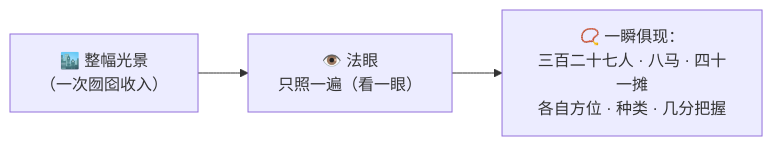
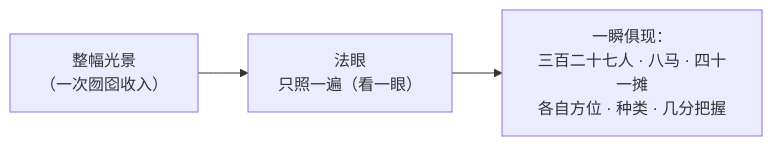
Before and after one commit to luckykhy/KhyAiHub: the second of 4 diagrams in docs/09_STORY_修仙学AI/STORY-番外/[STORY-番外-103] 番外04·法眼观物·一照真章.md, drawn with Mermaid. The commit also changed other lines of this file and 19 other files, not shown here.

````diff
--- a/docs/09_STORY_修仙学AI/STORY-番外/[STORY-番外-103] 番外04·法眼观物·一照真章.md
+++ b/docs/09_STORY_修仙学AI/STORY-番外/[STORY-番外-103] 番外04·法眼观物·一照真章.md
@@ -84,5 +84,5 @@
 ```mermaid
 flowchart LR
-  SCENE["🏙️ 整幅光景<br/>（一次囫囵收入）"] --> EYE["👁️ 法眼<br/>只照一遍（看一眼）"]
-  EYE --> OUT["📿 一瞬俱现：<br/>三百二十七人 · 八马 · 四十一摊<br/>各自方位 · 种类 · 几分把握"]
+  SCENE["整幅光景<br/>（一次囫囵收入）"] --> EYE["法眼<br/>只照一遍（看一眼）"]
+  EYE --> OUT["一瞬俱现：<br/>三百二十七人 · 八马 · 四十一摊<br/>各自方位 · 种类 · 几分把握"]
 ```
````
